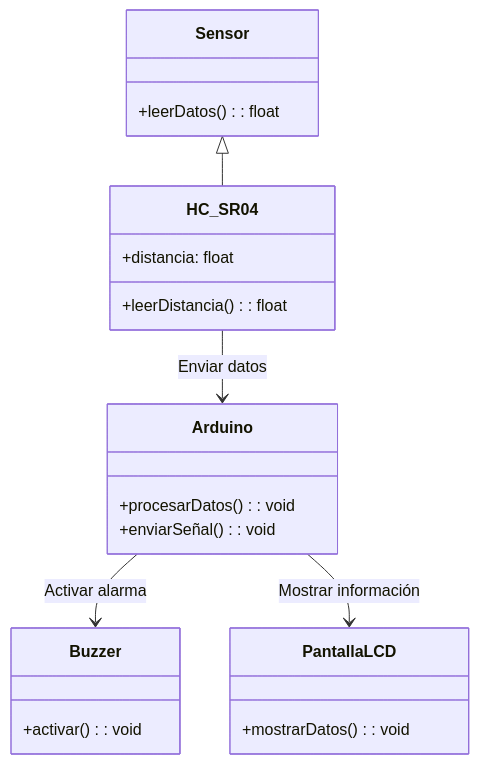
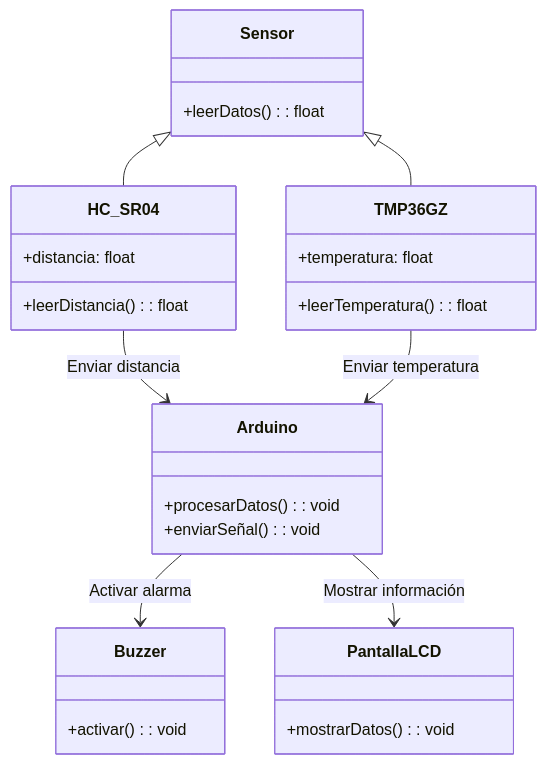
Before and after one commit to JohnRojas06289/IOT2025: the second of 3 diagrams in README.md, drawn with Mermaid.

````diff
--- a/README.md
+++ b/README.md
@@ -85,31 +85,39 @@
 ```mermaid
 
 classDiagram
     class Sensor {
         +leerDatos(): float
     }
     
     class HC_SR04 {
         +distancia: float
         +leerDistancia(): float
+    }
+
+    class TMP36GZ {
+        +temperatura: float
+        +leerTemperatura(): float
     }
     
     class Arduino {
         +procesarDatos(): void
         +enviarSeñal(): void
     }
     
     class Buzzer {
         +activar(): void
     }
     
     class PantallaLCD {
         +mostrarDatos(): void
     }
     
     Sensor <|-- HC_SR04
-    HC_SR04 --> Arduino : Enviar datos
+    Sensor <|-- TMP36GZ
+    HC_SR04 --> Arduino : Enviar distancia
+    TMP36GZ --> Arduino : Enviar temperatura
     Arduino --> Buzzer : Activar alarma
     Arduino --> PantallaLCD : Mostrar información
 
+
 ```
````
